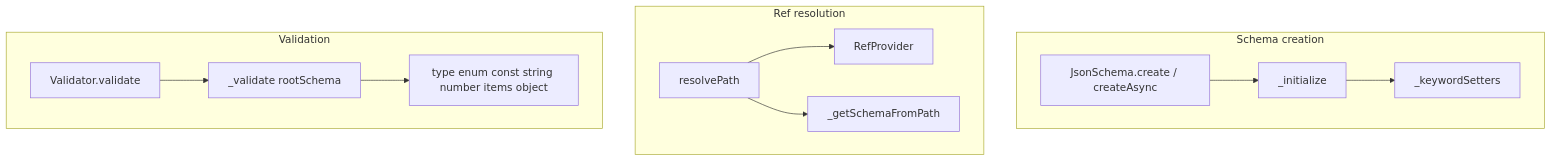
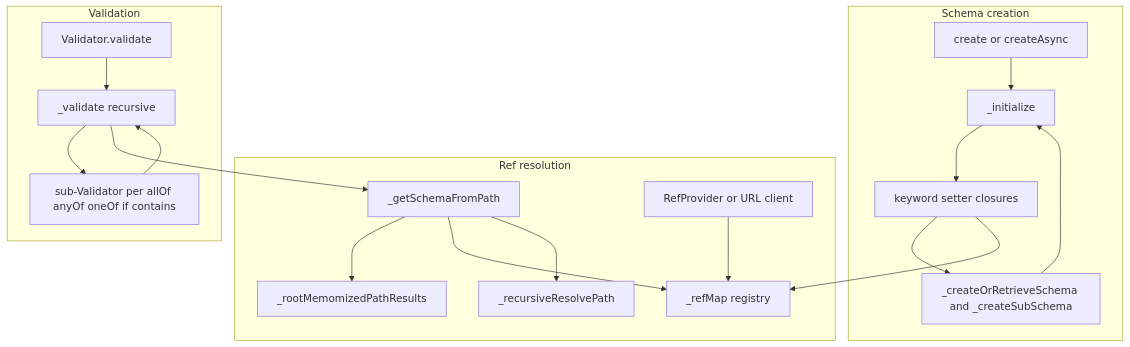
One commit to goddtriffin/json-schema-rs changed the second of 2 diagrams in research/reports/dart/Workiva-json_schema.md. Above: the diagram before and after it, drawn with Mermaid. The commit also changed other lines of this file and 51 other files, not shown here.

````diff
--- a/research/reports/dart/Workiva-json_schema.md
+++ b/research/reports/dart/Workiva-json_schema.md
@@ -108,24 +131,34 @@
 ```mermaid
 flowchart TB
   subgraph create [Schema creation]
-    Create[JsonSchema.create / createAsync]
+    Factory[create or createAsync]
     Init[_initialize]
-    Keywords[_keywordSetters]
-    Create --> Init
-    Init --> Keywords
+    Setters[keyword setter closures]
+    Sub[_createOrRetrieveSchema and _createSubSchema]
+    Factory --> Init
+    Init --> Setters
+    Setters --> Sub
+    Sub --> Init
   end
-  subgraph ref [Ref resolution]
-    Resolve[resolvePath]
-    RefProvider[RefProvider]
-    GetSchema[_getSchemaFromPath]
-    Resolve --> RefProvider
-    Resolve --> GetSchema
+  subgraph refs [Ref resolution]
+    RefMap[_refMap registry]
+    Memo[_rootMemomizedPathResults]
+    GetPath[_getSchemaFromPath]
+    Walk[_recursiveResolvePath]
+    Provider[RefProvider or URL client]
+    GetPath --> Memo
+    GetPath --> RefMap
+    GetPath --> Walk
+    Provider --> RefMap
   end
   subgraph validate [Validation]
     Validate[Validator.validate]
-    ValidateRoot[_validate rootSchema]
-    ApplyConstraints[type enum const string number items object]
-    Validate --> ValidateRoot
-    ValidateRoot --> ApplyConstraints
+    Rec[_validate recursive]
+    Sub2[sub-Validator per allOf anyOf oneOf if contains]
+    Validate --> Rec
+    Rec --> Sub2
+    Sub2 --> Rec
+    Rec --> GetPath
   end
+  Setters --> RefMap
 ```
````
